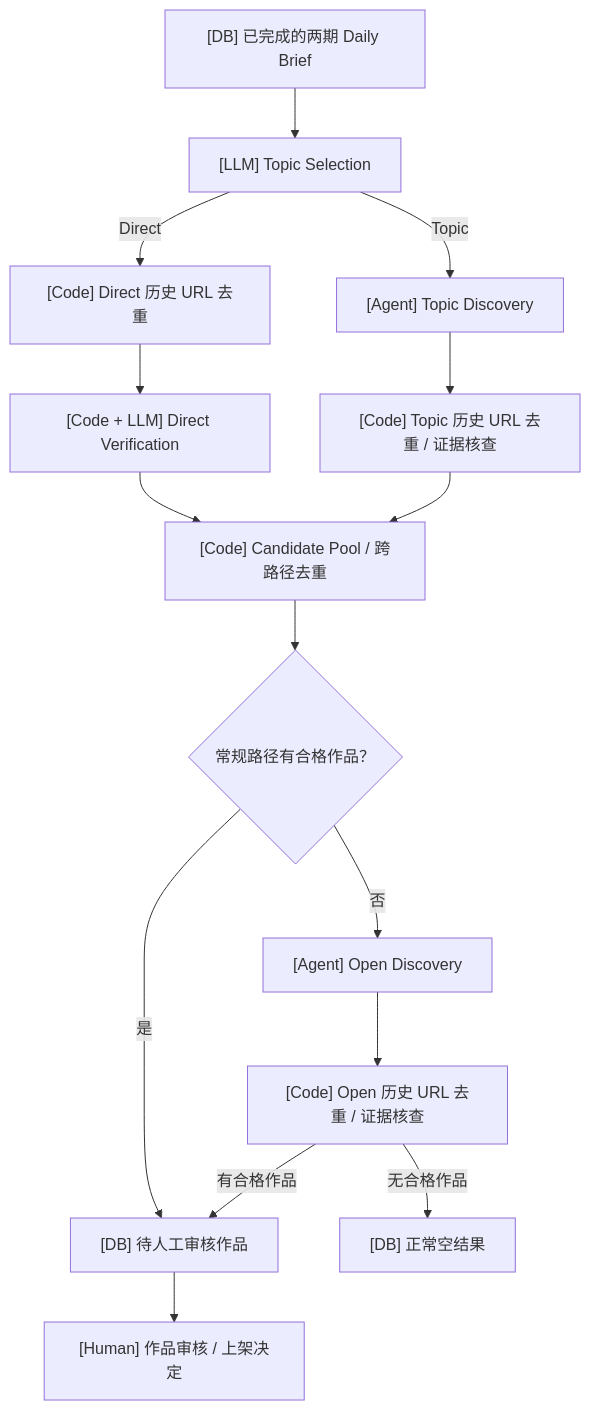
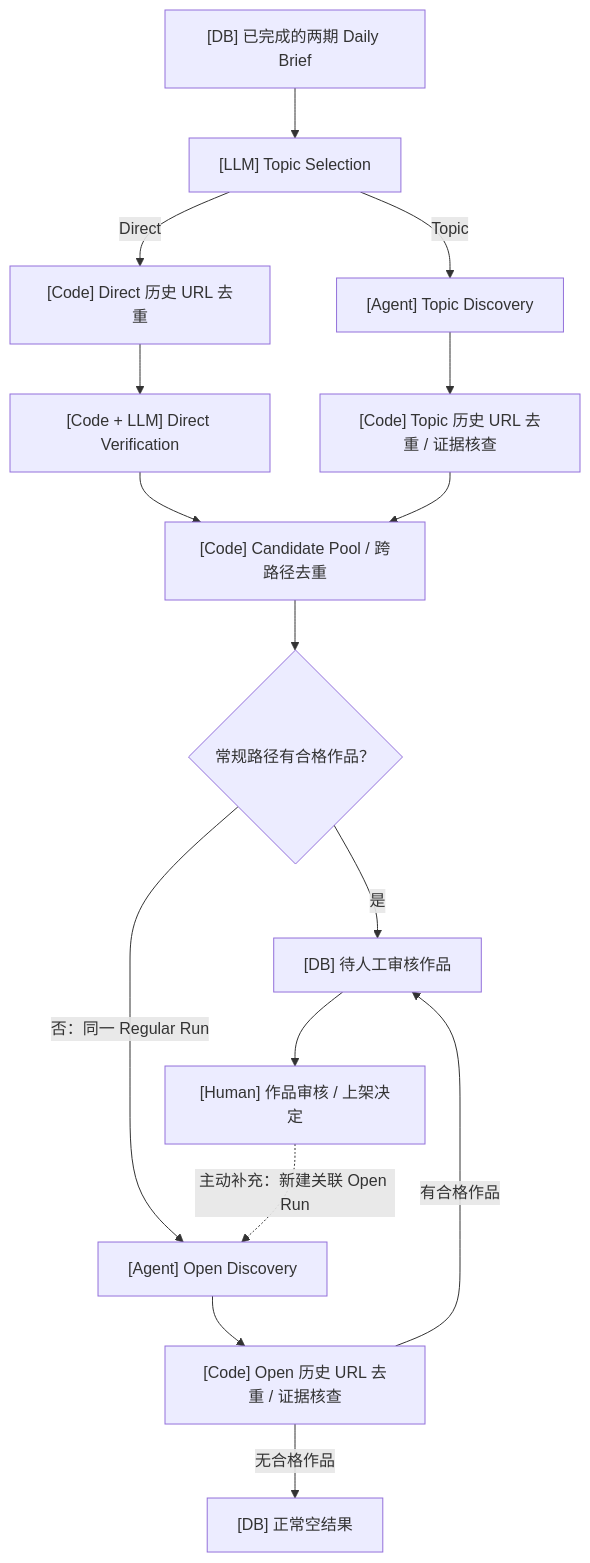
Before and after one commit to QHYK/X-AI: the third of 6 diagrams in docs/02-workflow-overview.md, drawn with Mermaid. The commit also changed other lines of this file and 14 other files, not shown here.

````diff
--- a/docs/02-workflow-overview.md
+++ b/docs/02-workflow-overview.md
@@ -123,26 +123,27 @@
 ```mermaid
 flowchart TD
     DB["[DB] 已完成的两期 Daily Brief"]
     TS["[LLM] Topic Selection"]
     DD["[Code] Direct 历史 URL 去重"]
     DC["[Code + LLM] Direct Verification"]
     TD["[Agent] Topic Discovery"]
     TC["[Code] Topic 历史 URL 去重 / 证据核查"]
     POOL["[Code] Candidate Pool / 跨路径去重"]
     OK{"常规路径有合格作品？"}
     OPEN["[Agent] Open Discovery"]
     OC["[Code] Open 历史 URL 去重 / 证据核查"]
     REVIEW["[DB] 待人工审核作品"]
     NONE["[DB] 正常空结果"]
     HUMAN["[Human] 作品审核 / 上架决定"]
 
     DB --> TS
     TS -->|Direct| DD --> DC --> POOL
     TS -->|Topic| TD --> TC --> POOL
     POOL --> OK
     OK -->|是| REVIEW
-    OK -->|否| OPEN --> OC
+    OK -->|否：同一 Regular Run| OPEN --> OC
     OC -->|有合格作品| REVIEW
     OC -->|无合格作品| NONE
     REVIEW --> HUMAN
+    HUMAN -.->|主动补充：新建关联 Open Run| OPEN
 ```
````
